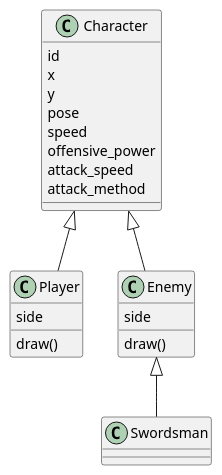
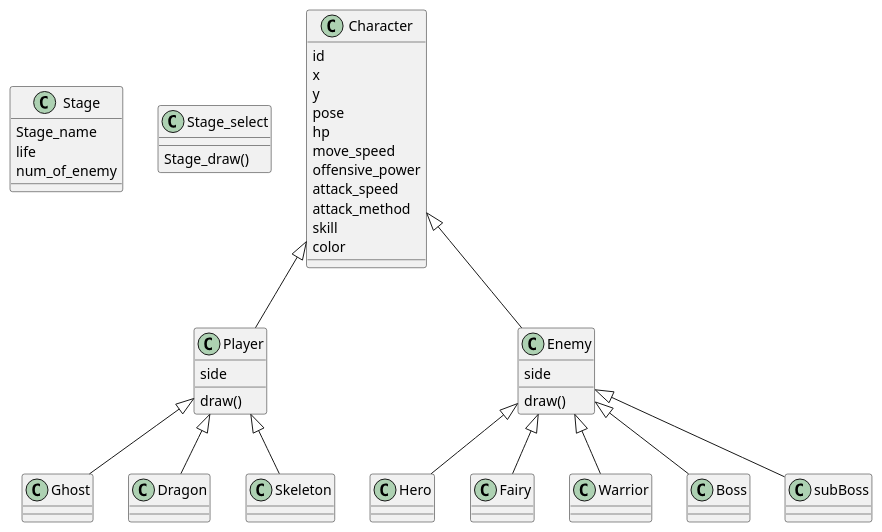
Before and after one commit to prapro-ou/Another_Side: the diagram in docs/class_diagram.puml, drawn with PlantUML. The commit also changed 1 other file, not shown here.

Commit message:
Add stage and more characters to class diagram
キャラクターのステータスに'color'を追加しました
ステージに関する項目を追加しました

```diff
--- a/docs/class_diagram.puml
+++ b/docs/class_diagram.puml
@@ -1,31 +1,64 @@
-@startuml example
+@startuml
+class Stage {
+Stage_name
+life
+num_of_enemy
+}
+
+class Stage_select {
+Stage_draw()
+}
+
 class Character {
     id
     x
     y
     pose
-    speed
+    hp
+    move_speed
     offensive_power
     attack_speed
     attack_method
+    skill
+    color
 }
 
 class Player {
     side
     draw()
 }
 
+class Ghost {
+}
+class Dragon {
+}
+class Skeleton {
+}
+
 class Enemy {
     side
     draw()
 }
 
-class Swordsman {
-
+class Hero {
+}
+class Fairy{
+}
+class Warrior{
+}
+class Boss{
+}
+class subBoss{
 }
 
 Character <|-- Player
+Player <|-- Ghost
+Player <|-- Dragon
+Player <|-- Skeleton
 Character <|-- Enemy
-Enemy <|-- Swordsman
-
+Enemy <|-- Hero
+Enemy <|-- Fairy
+Enemy <|-- Warrior
+Enemy <|-- Boss
+Enemy <|-- subBoss
 @enduml
```
